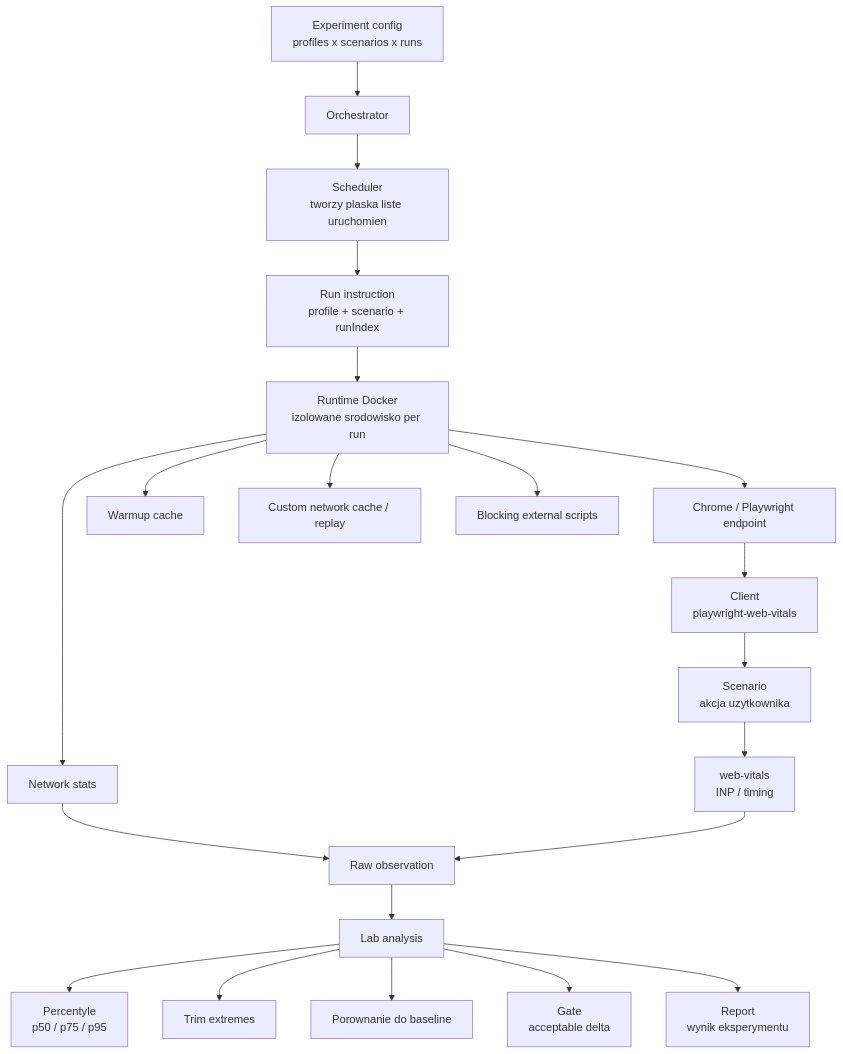
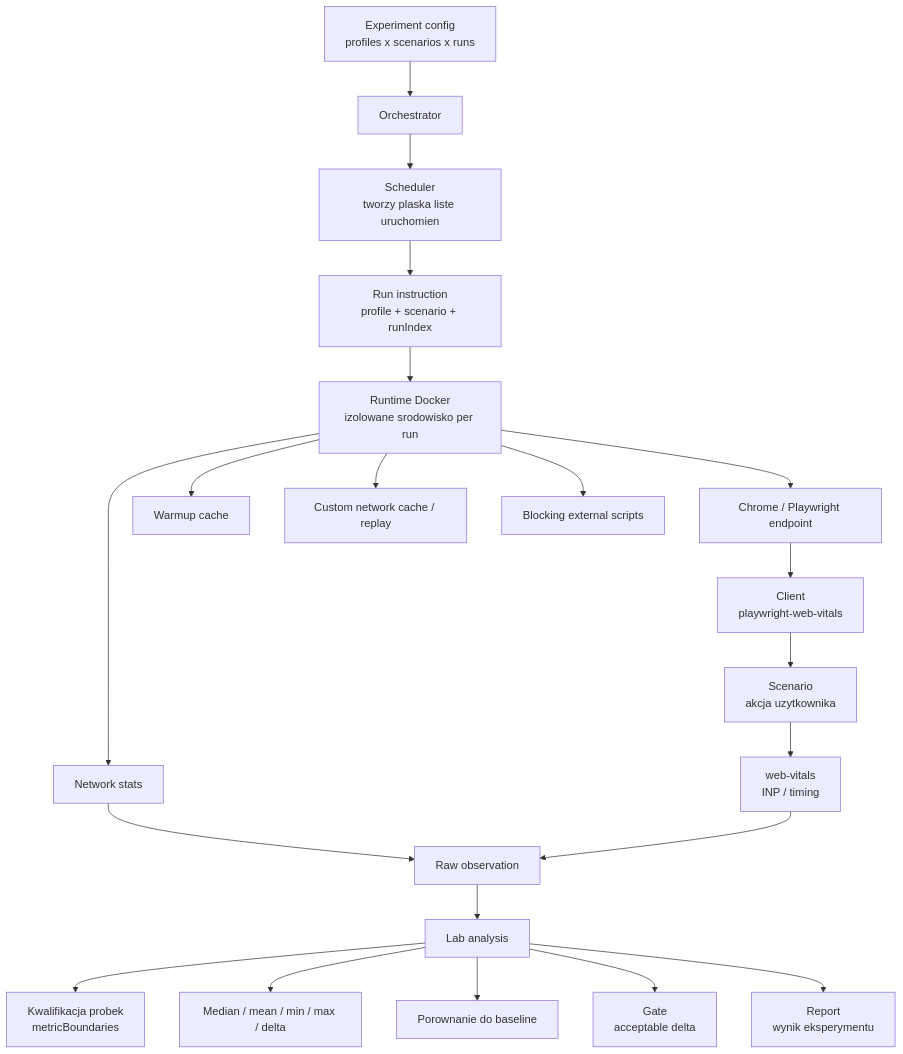
One commit to Gitarzysta92/cwv-inp-testbench changed the first of 3 diagrams in README.md. Above: the diagram before and after it, drawn with Mermaid. The commit also changed other lines of this file and 40 other files, not shown here.

````diff
--- a/README.md
+++ b/README.md
@@ -12,31 +12,31 @@
 ```mermaid
 flowchart TD
   A["Experiment config<br/>profiles x scenarios x runs"] --> B["Orchestrator"]
 
   B --> C["Scheduler<br/>tworzy plaska liste uruchomien"]
   C --> D["Run instruction<br/>profile + scenario + runIndex"]
 
   D --> E["Runtime Docker<br/>izolowane srodowisko per run"]
 
   E --> E1["Chrome / Playwright endpoint"]
   E --> E2["Warmup cache"]
   E --> E3["Custom network cache / replay"]
   E --> E4["Blocking external scripts"]
   E --> E5["Network stats"]
 
   E1 --> F["Client<br/>playwright-web-vitals"]
 
   F --> G["Scenario<br/>akcja uzytkownika"]
   G --> H["web-vitals<br/>INP / timing"]
   E5 --> I["Raw observation"]
 
   H --> I
   I --> J["Lab analysis"]
 
-  J --> J1["Percentyle<br/>p50 / p75 / p95"]
-  J --> J2["Trim extremes"]
+  J --> J1["Kwalifikacja probek<br/>metricBoundaries"]
+  J --> J2["Median / mean / min / max / delta"]
   J --> J3["Porownanie do baseline"]
   J --> J4["Gate<br/>acceptable delta"]
 
   J --> K["Report<br/>wynik eksperymentu"]
 ```
````
